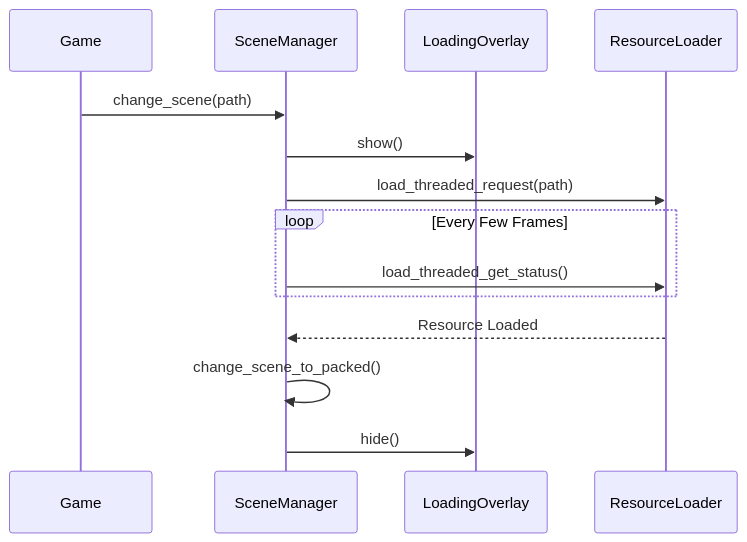
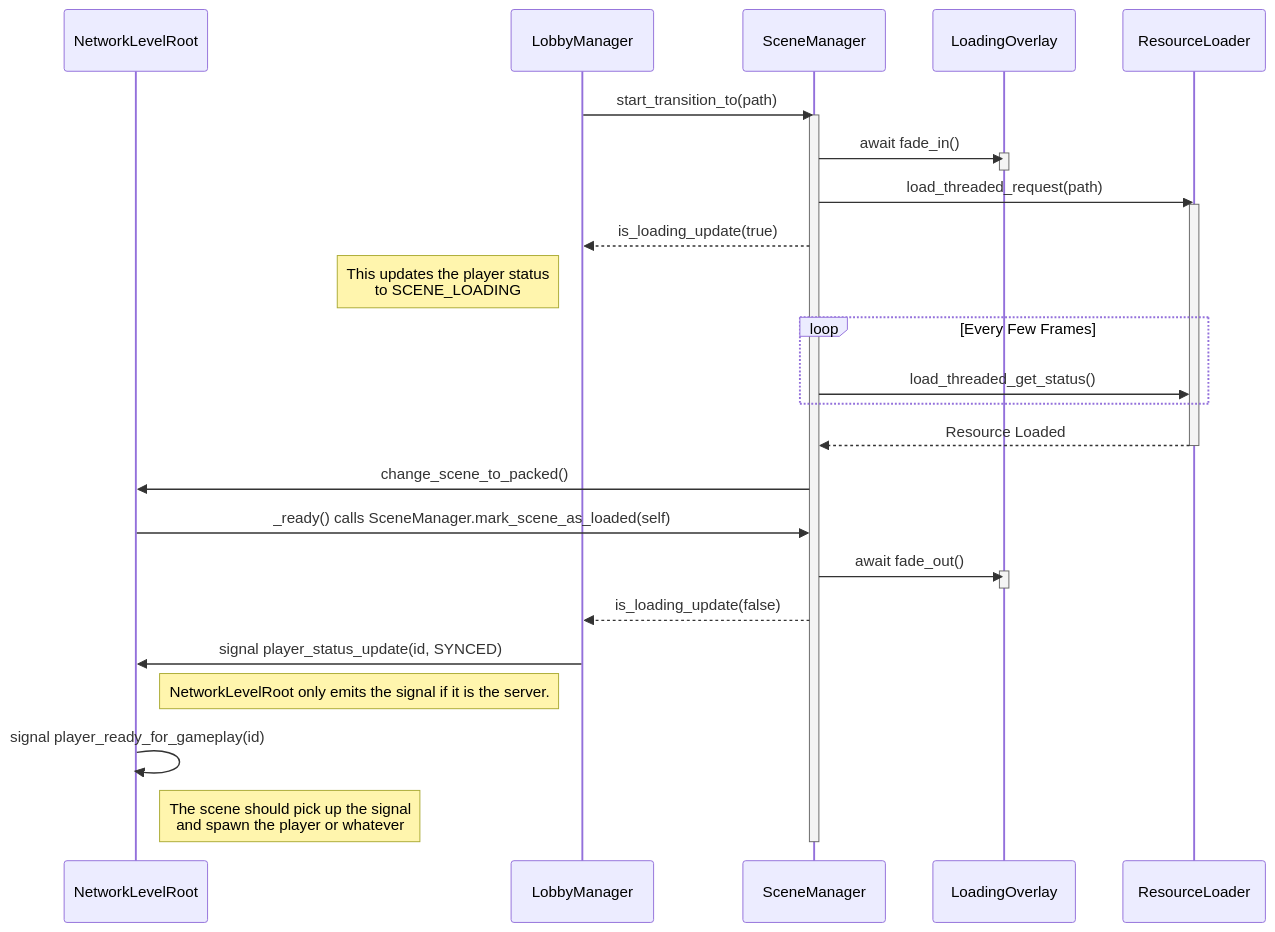
Before and after one commit to RGonzalezTech/Friendslop-Template: the diagram in scripts/core/README.md, drawn with Mermaid. The commit also changed other lines of this file, not shown here.

Commit message:
Refine Core docs

````diff
--- a/scripts/core/README.md
+++ b/scripts/core/README.md
@@ -15,19 +16,36 @@
 ```mermaid
 sequenceDiagram
-    participant Game
+    participant NetworkLevelRoot
+    participant LobbyManager
     participant SM as SceneManager
     participant Overlay as LoadingOverlay
     participant Loader as ResourceLoader
 
-    Game->>SM: change_scene(path)
-    SM->>Overlay: show()
+    LobbyManager->>SM: start_transition_to(path)
+    activate SM
+    SM->>Overlay: await fade_in()
+    activate Overlay
+    deactivate Overlay
     SM->>Loader: load_threaded_request(path)
+    activate Loader
+    SM-->>LobbyManager: is_loading_update(true)
+    Note left of LobbyManager: This updates the player status<br/>to SCENE_LOADING
     
     loop Every Few Frames
         SM->>Loader: load_threaded_get_status()
     end
     
     Loader-->>SM: Resource Loaded
-    SM->>SM: change_scene_to_packed()
-    SM->>Overlay: hide()
+    deactivate Loader
+    SM->>NetworkLevelRoot: change_scene_to_packed()
+    NetworkLevelRoot->>SM: _ready() calls SceneManager.mark_scene_as_loaded(self)
+    SM->>Overlay: await fade_out()
+    activate Overlay
+    deactivate Overlay
+    SM-->>LobbyManager: is_loading_update(false)
+    LobbyManager->>NetworkLevelRoot: signal player_status_update(id, SYNCED)
+    note right of NetworkLevelRoot: NetworkLevelRoot only emits the signal if it is the server.
+    NetworkLevelRoot->>NetworkLevelRoot: signal player_ready_for_gameplay(id)
+    Note right of NetworkLevelRoot: The scene should pick up the signal<br/>and spawn the player or whatever
+    deactivate SM
 ```
````
